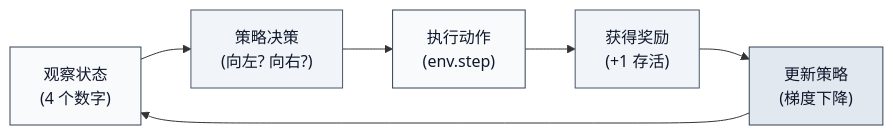
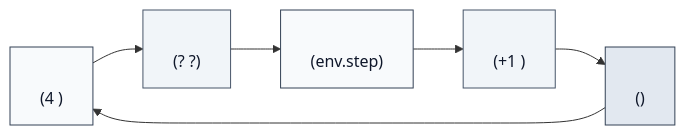
One commit to letslego/hands-on-modern-rl changed the second of 3 diagrams in docs/chapter01_cartpole/principles.md. Above: the diagram before and after it, drawn with Mermaid. The commit also changed other lines of this file and 267 other files, not shown here.

````diff
--- a/docs/chapter01_cartpole/principles.md
+++ b/docs/chapter01_cartpole/principles.md
@@ -134,14 +134,14 @@
 ```mermaid
 flowchart LR
-    A["观察状态\n(4 个数字)"] --> B["策略决策\n(向左? 向右?)"]
-    B --> C["执行动作\n(env.step)"]
-    C --> D["获得奖励\n(+1 存活)"]
-    D --> E["更新策略\n(梯度下降)"]
+    A["\n(4 )"] --> B["\n(? ?)"]
+    B --> C["\n(env.step)"]
+    C --> D["\n(+1 )"]
+    D --> E["\n()"]
     E --> A
 
     style A fill:#f8fafc,stroke:#334155,color:#0f172a
     style B fill:#f1f5f9,stroke:#475569,color:#0f172a
     style C fill:#f8fafc,stroke:#334155,color:#0f172a
     style D fill:#f1f5f9,stroke:#475569,color:#0f172a
     style E fill:#e2e8f0,stroke:#334155,color:#0f172a
 ```
````
